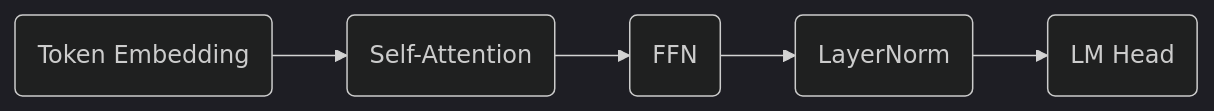
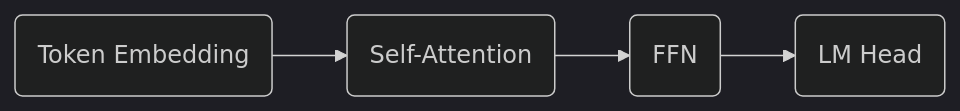
One commit to ChrisZhu2050/chriszhu2050.github.io changed the second of 19 diagrams in index.md. Above: the diagram before and after it, drawn with Mermaid (dark theme).

````diff
--- a/index.md
+++ b/index.md
@@ -57,4 +57,4 @@
   ```mermaid
       graph LR
-          A("`Token Embedding`")  --> C("`Self-Attention`") --> D("`FFN`") --> E("`LayerNorm`") --> F("`LM Head`")
+          A("`Token Embedding`")  --> C("`Self-Attention`") --> D("`FFN`") --> F("`LM Head`")
   ```  
````
